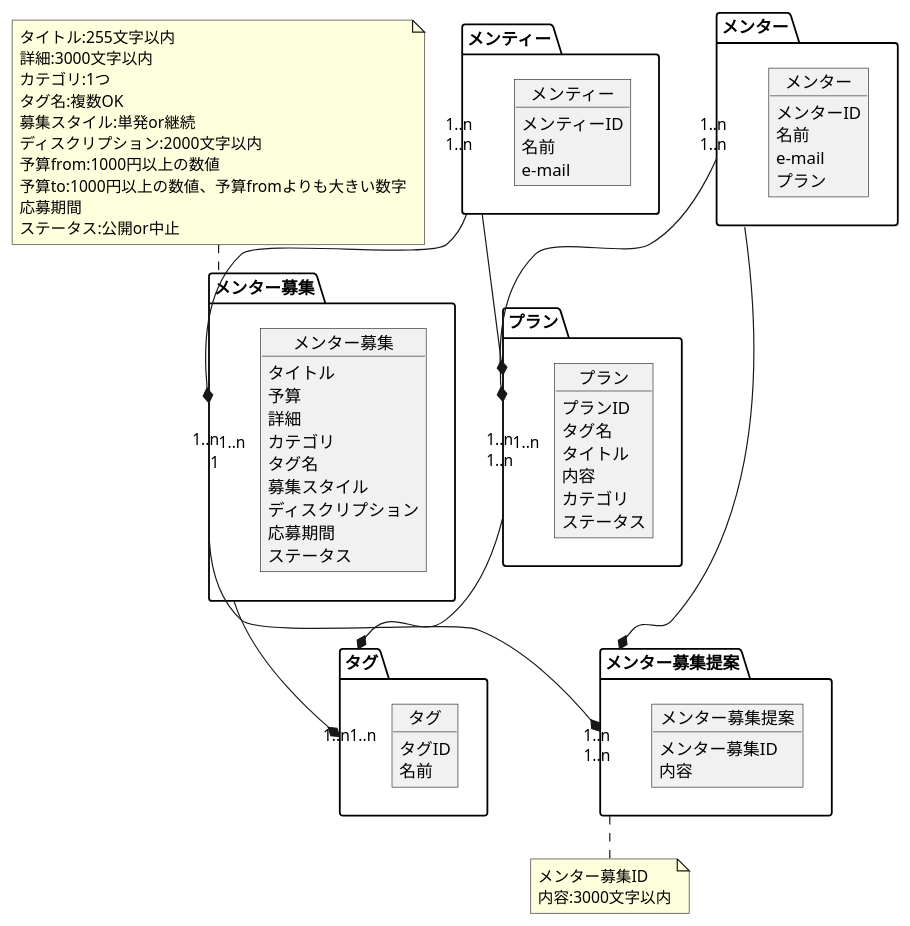
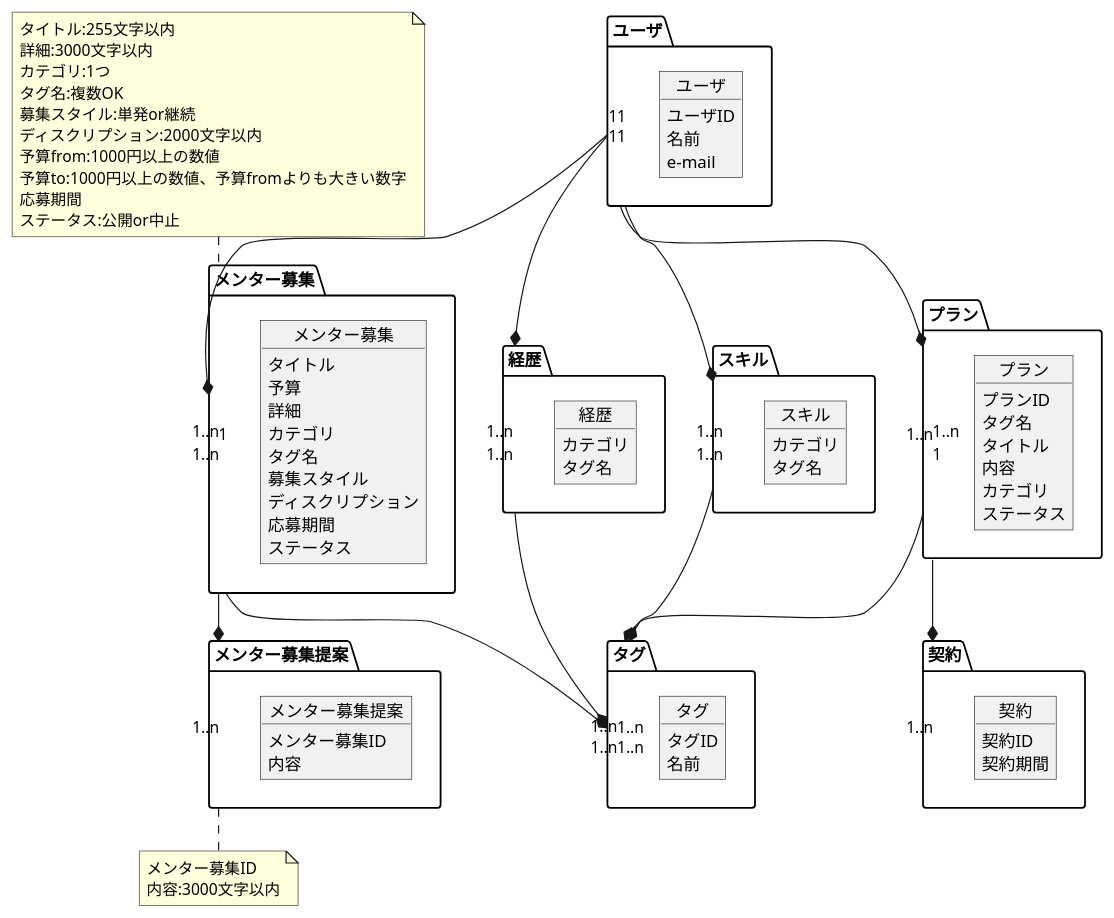
One commit to junichiseki0831/helpa changed the diagram in domain_model_diagram.pu. Above: the diagram before and after it, drawn with PlantUML.

Commit message:
fix domain model diagram

```diff
--- a/domain_model_diagram.pu
+++ b/domain_model_diagram.pu
@@ -1,82 +1,100 @@
 @startuml
 package "メンター募集" {
   object メンター募集 {
     タイトル
     予算
     詳細
     カテゴリ
     タグ名
     募集スタイル
     ディスクリプション
     応募期間
     ステータス
   }
 }
 note top of メンター募集
   タイトル:255文字以内
   詳細:3000文字以内
   カテゴリ:1つ
   タグ名:複数OK
   募集スタイル:単発or継続
   ディスクリプション:2000文字以内
   予算from:1000円以上の数値
   予算to:1000円以上の数値、予算fromよりも大きい数字
   応募期間
   ステータス:公開or中止
 end note
-
-package "メンティー" {
-  object メンティー {
-    メンティーID
-    名前
-    e-mail
-  }
-}
-
-package "メンター" {
-  object メンター {
-    メンターID
-    名前
-    e-mail
-    プラン
-  }
-}
 
 package "プラン" {
   object プラン {
     プランID
     タグ名
     タイトル
     内容
     カテゴリ
     ステータス
   }
 }
 
 package "メンター募集提案" {
   object メンター募集提案 {
     メンター募集ID
     内容
   }
 }
 note bottom of メンター募集提案
   メンター募集ID
   内容:3000文字以内
 end note
 
 package "タグ" {
   object タグ {
     タグID
     名前
   }
 }
 
+package "ユーザ" {
+  object ユーザ {
+    ユーザID
+    名前
+    e-mail
+  }
+}
+
+package "経歴" {
+  object 経歴 {
+		カテゴリ
+		タグ名
+  }
+}
+
+
+package "スキル" {
+  object スキル {
+		カテゴリ
+		タグ名
+  }
+}
+
+package "契約" {
+  object 契約 {
+		契約ID
+		契約期間
+  }
+}
+
 メンター募集 "1" --* "1..n" メンター募集提案
 メンター募集 "1..n" --* "1..n" タグ
 プラン "1..n" --* "1..n" タグ
-メンティー "1..n" --* "1..n" メンター募集
-メンティー "1..n" --* "1..n" プラン
-メンター "1..n" --* "1..n" プラン
-メンター "1..n" --* "1..n" メンター募集提案
+ユーザ "1" --* "1..n" プラン
+ユーザ "1" --* "1..n" メンター募集
+ユーザ "1" --* "1..n" スキル
+ユーザ "1" --* "1..n" 経歴
+スキル "1..n" --* "1..n" タグ
+経歴 "1..n" --* "1..n" タグ
+プラン "1" --* "1..n" 契約
+
+
 
 @enduml
```
